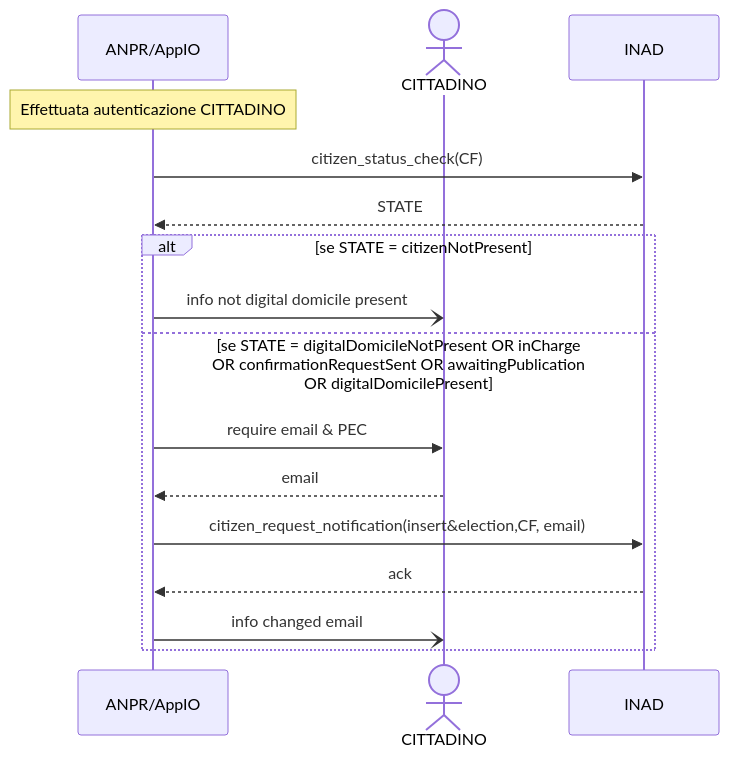
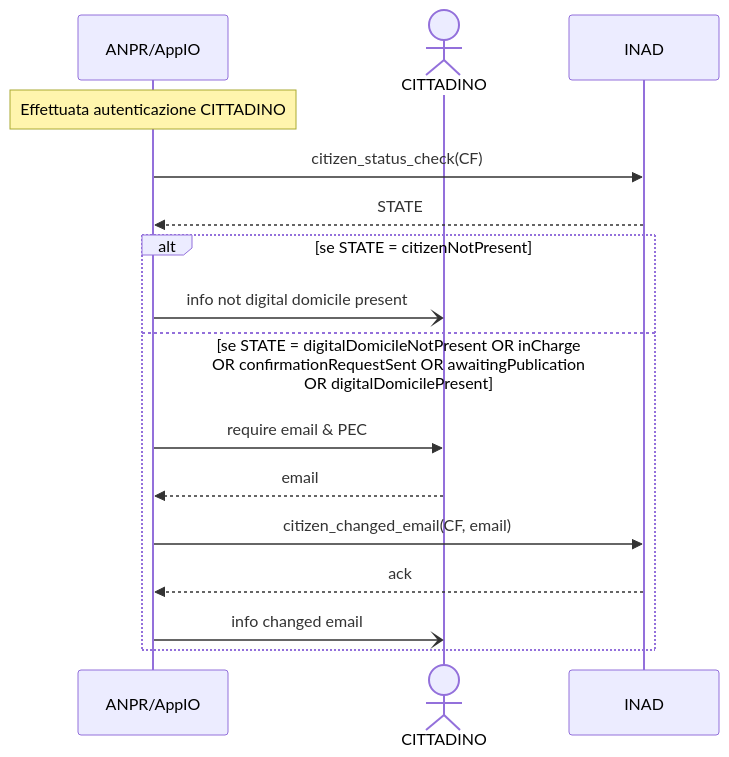
The diagram in mermind/UC008.md (ioggstream/verify_integration_INAD_with_ANPR-IO), drawn with Mermaid before and after one commit. The commit also changed 8 other files, not shown here.

````diff
--- a/mermind/UC008.md
+++ b/mermind/UC008.md
@@ -3,24 +3,24 @@
 ```mermaid
 sequenceDiagram
   participant A as ANPR/AppIO
   actor C as CITTADINO
   participant I as INAD
 
   Note over A: Effettuata autenticazione CITTADINO
 
   A ->> I: citizen_status_check(CF)
   I -->> A: STATE
 
   alt se STATE = citizenNotPresent 
     A -) C: info not digital domicile present
 
   else se STATE = digitalDomicileNotPresent OR inCharge OR confirmationRequestSent OR awaitingPublication OR digitalDomicilePresent    
     A ->> C: require email & PEC
     C -->> A: email 
-    A ->> I: citizen_request_notification(insert&election,CF, email)
+    A ->> I: citizen_changed_email(CF, email)
     I -->> A: ack
     A -) C: info changed email
 
   end
 
   ```
````
